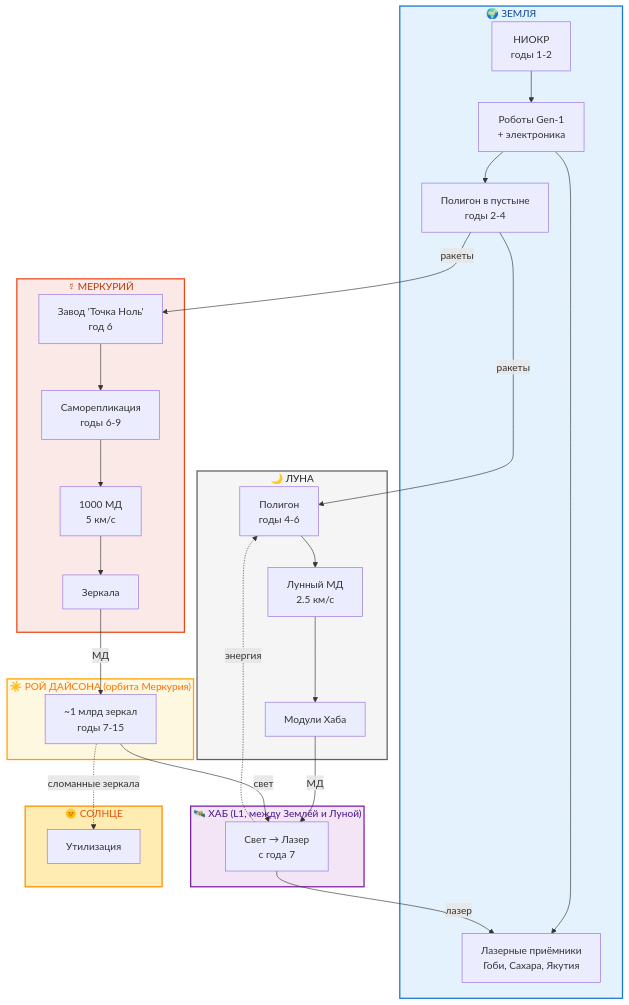
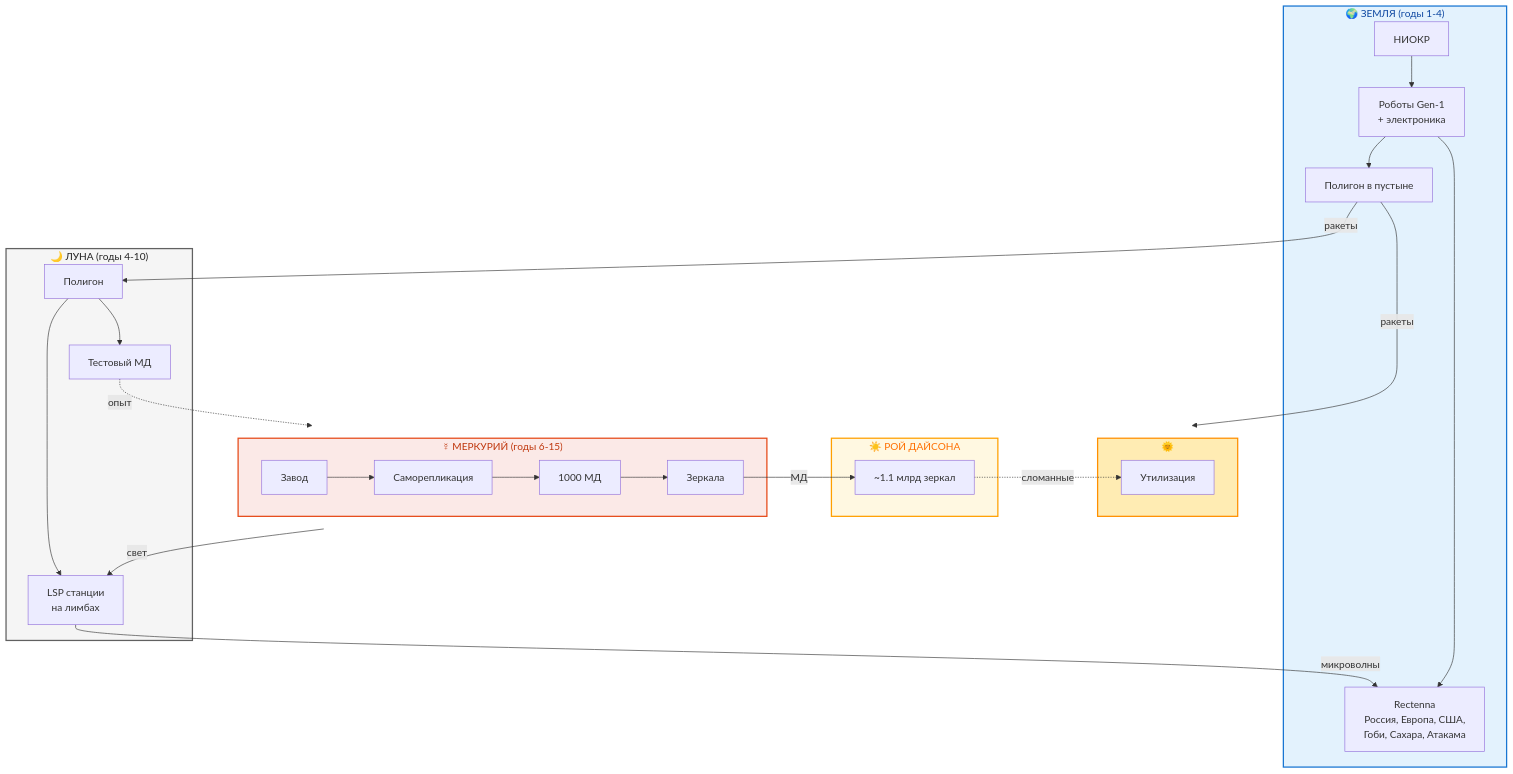
The first of 2 diagrams in ru/science/executive-summary.qmd (DmitryNasikanov/infinite-energy), drawn with Mermaid before and after one commit. The commit also changed other lines of this file and 3 other files, not shown here.

First line of the commit message:
Science: LSP на Луне вместо орбитального Хаба L1

````diff
--- a/ru/science/executive-summary.qmd
+++ b/ru/science/executive-summary.qmd
@@ -24,61 +24,56 @@
 ```{mermaid}
 flowchart TB
-    subgraph ЗЕМЛЯ["🌍 ЗЕМЛЯ"]
-        E1[НИОКР<br/>годы 1-2] --> E2[Роботы Gen-1<br/>+ электроника]
-        E2 --> E3[Полигон в пустыне<br/>годы 2-4]
-        E2 --> E4[Лазерные приёмники<br/>Гоби, Сахара, Якутия]
+    subgraph ЗЕМЛЯ["🌍 ЗЕМЛЯ (годы 1-4)"]
+        E1[НИОКР] --> E2[Роботы Gen-1<br/>+ электроника]
+        E2 --> E3[Полигон в пустыне]
+        E2 --> E4[Rectenna<br/>Россия, Европа, США,<br/>Гоби, Сахара, Атакама]
     end
 
-    subgraph ЛУНА["🌙 ЛУНА"]
-        L1[Полигон<br/>годы 4-6] --> L2[Лунный МД<br/>2.5 км/с]
-        L2 --> L3[Модули Хаба]
+    subgraph ЛУНА["🌙 ЛУНА (годы 4-10)"]
+        L1[Полигон] --> L2[LSP станции<br/>на лимбах]
+        L1 --> L4[Тестовый МД]
     end
 
-    subgraph МЕРКУРИЙ["☿ МЕРКУРИЙ"]
-        M1[Завод 'Точка Ноль'<br/>год 6] --> M2[Саморепликация<br/>годы 6-9]
-        M2 --> M3[1000 МД<br/>5 км/с]
-        M3 --> M4[Зеркала]
-    end
-
-    subgraph ХАБ["🛰️ ХАБ (L1, между Землёй и Луной)"]
-        H1[Свет → Лазер<br/>с года 7]
-    end
-
-    subgraph РОЙ["☀️ РОЙ ДАЙСОНА (орбита Меркурия)"]
-        R1[~1 млрд зеркал<br/>годы 7-15]
-    end
-
-    subgraph СОЛНЦЕ["🌞 СОЛНЦЕ"]
-        S1[Утилизация]
+    subgraph КОСМОС[" "]
+        direction LR
+        subgraph МЕРКУРИЙ["☿ МЕРКУРИЙ (годы 6-15)"]
+            M1[Завод] --> M2[Саморепликация]
+            M2 --> M3[1000 МД]
+            M3 --> M4[Зеркала]
+        end
+        subgraph РОЙ["☀️ РОЙ ДАЙСОНА"]
+            R1[~1.1 млрд зеркал]
+        end
+        subgraph СОЛНЦЕ["🌞"]
+            S1[Утилизация]
+        end
     end
 
     E3 -->|ракеты| L1
+    L4 -.->|опыт| M1
     E3 -->|ракеты| M1
-    L3 -->|МД| H1
     M4 -->|МД| R1
-    R1 -->|свет| H1
-    H1 -->|лазер| E4
-    H1 -.->|энергия| L1
-    R1 -.->|сломанные зеркала| S1
+    R1 -->|свет| L2
+    L2 -->|микроволны| E4
+    R1 -.->|сломанные| S1
 
     style СОЛНЦЕ fill:#FFECB3,stroke:#FF8F00,stroke-width:2px,color:#E65100
     style ЗЕМЛЯ fill:#E3F2FD,stroke:#1976D2,stroke-width:2px,color:#0D47A1
     style ЛУНА fill:#F5F5F5,stroke:#616161,stroke-width:2px,color:#212121
     style МЕРКУРИЙ fill:#FBE9E7,stroke:#E64A19,stroke-width:2px,color:#BF360C
-    style ХАБ fill:#F3E5F5,stroke:#7B1FA2,stroke-width:2px,color:#4A148C
     style РОЙ fill:#FFF8E1,stroke:#FFA000,stroke-width:2px,color:#FF6F00
+    style КОСМОС fill:none,stroke:none
 
     click E1 "calculations/roadmap.html" "Дорожная карта"
     click E2 "robots.html" "Бестиарий роботов"
     click E3 "calculations/roadmap.html" "Дорожная карта"
-    click E4 "physics.html" "Физика проекта"
+    click E4 "hub.html" "Хаб приёма энергии"
     click L1 "calculations/roadmap.html" "Дорожная карта"
-    click L2 "calculations/railgun.html" "Масс-драйвер"
-    click L3 "physics.html" "Станция-Хаб"
+    click L2 "hub.html" "LSP станции"
+    click L4 "calculations/railgun.html" "Масс-драйвер"
     click M1 "factory.html" "Завод Точка Ноль"
     click M2 "calculations/scaling.html" "Масштабирование"
     click M3 "calculations/railgun.html" "Масс-драйвер"
     click M4 "physics.html" "Зеркала Роя"
-    click H1 "physics.html" "Станция-Хаб"
     click R1 "calculations/energy.html" "Расчёты энергии"
 ```
````
